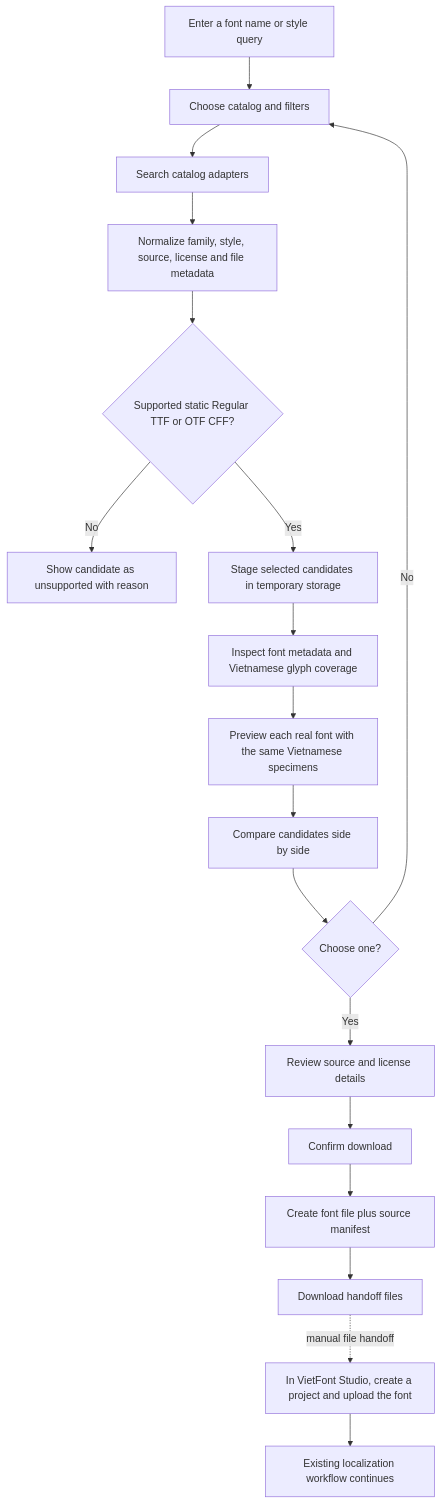
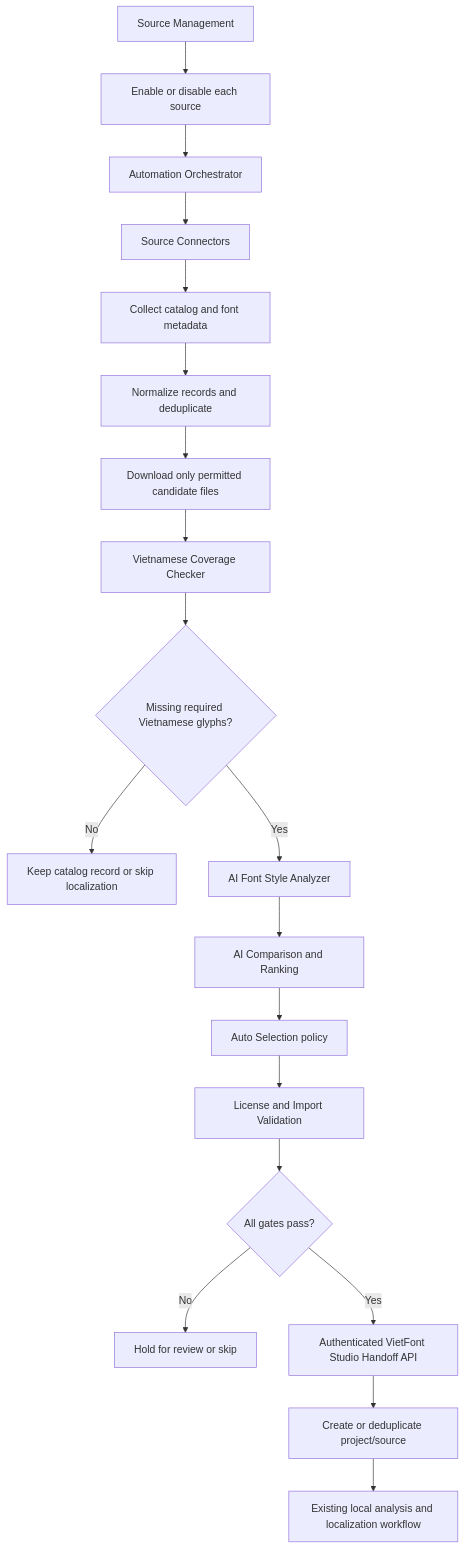
One commit to Phunghao2701/glyph-tool changed the first of 5 diagrams in docs/font-discovery-tool-modules.md. Above: the diagram before and after it, drawn with Mermaid. The commit also changed other lines of this file and 9 other files, not shown here.

First line of the commit message:
Refactor font discovery tool for improved architecture and functionality

````diff
--- a/docs/font-discovery-tool-modules.md
+++ b/docs/font-discovery-tool-modules.md
@@ -47,20 +67,21 @@
 ```mermaid
 flowchart TD
-  A[Enter a font name or style query] --> B[Choose catalog and filters]
-  B --> C[Search catalog adapters]
-  C --> D[Normalize family, style, source, license and file metadata]
-  D --> E{Supported static Regular TTF or OTF CFF?}
-  E -- No --> F[Show candidate as unsupported with reason]
-  E -- Yes --> G[Stage selected candidates in temporary storage]
-  G --> H[Inspect font metadata and Vietnamese glyph coverage]
-  H --> I[Preview each real font with the same Vietnamese specimens]
-  I --> J[Compare candidates side by side]
-  J --> K{Choose one?}
-  K -- No --> B
-  K -- Yes --> L[Review source and license details]
-  L --> M[Confirm download]
-  M --> N[Create font file plus source manifest]
-  N --> O[Download handoff files]
-  O -. manual file handoff .-> P[In VietFont Studio, create a project and upload the font]
-  P --> Q[Existing localization workflow continues]
+  A[Source Management] --> B[Enable or disable each source]
+  B --> C[Automation Orchestrator]
+  C --> D[Source Connectors]
+  D --> E[Collect catalog and font metadata]
+  E --> F[Normalize records and deduplicate]
+  F --> G[Download only permitted candidate files]
+  G --> H[Vietnamese Coverage Checker]
+  H --> I{Missing required Vietnamese glyphs?}
+  I -- No --> J[Keep catalog record or skip localization]
+  I -- Yes --> K[AI Font Style Analyzer]
+  K --> L[AI Comparison and Ranking]
+  L --> M[Auto Selection policy]
+  M --> N[License and Import Validation]
+  N --> O{All gates pass?}
+  O -- No --> P[Hold for review or skip]
+  O -- Yes --> Q[Authenticated VietFont Studio Handoff API]
+  Q --> R[Create or deduplicate project/source]
+  R --> S[Existing local analysis and localization workflow]
 ```
````
